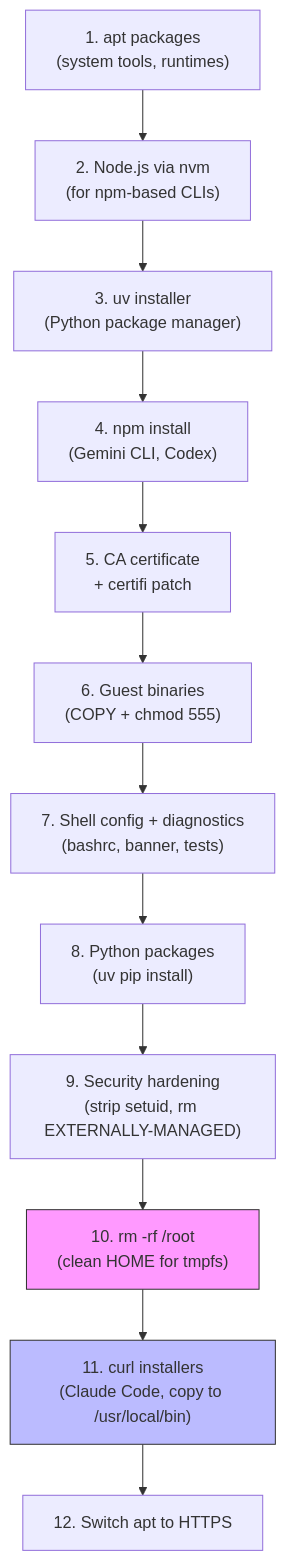
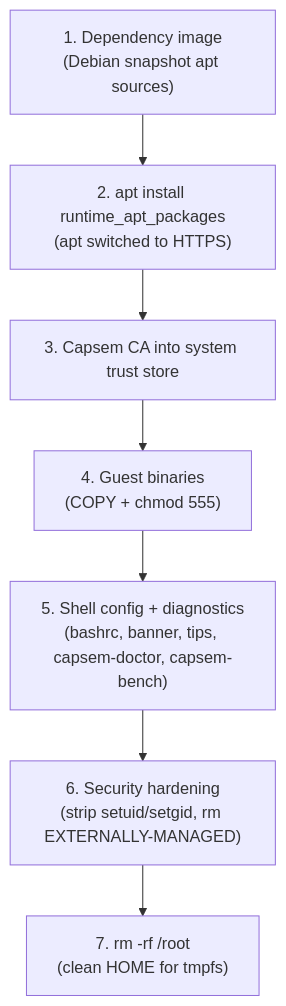
The fourth of 5 diagrams in web/docs/src/content/docs/architecture/build-system.md (google/capsem), drawn with Mermaid before and after one commit. The commit also changed other lines of this file and 51 other files, not shown here.

````diff
--- a/web/docs/src/content/docs/architecture/build-system.md
+++ b/web/docs/src/content/docs/architecture/build-system.md
@@ -324,17 +285,9 @@
 ```mermaid
 flowchart TD
-  A["1. apt packages\n(system tools, runtimes)"] --> B["2. Node.js via nvm\n(for npm-based CLIs)"]
-  B --> C["3. uv installer\n(Python package manager)"]
-  C --> D["4. npm install\n(Gemini CLI, Codex)"]
-  D --> E["5. CA certificate\n+ certifi patch"]
-  E --> F["6. Guest binaries\n(COPY + chmod 555)"]
-  F --> G["7. Shell config + diagnostics\n(bashrc, banner, tests)"]
-  G --> H["8. Python packages\n(uv pip install)"]
-  H --> I["9. Security hardening\n(strip setuid, rm EXTERNALLY-MANAGED)"]
-  I --> J["10. rm -rf /root\n(clean HOME for tmpfs)"]
-  J --> K["11. curl installers\n(Claude Code, copy to /usr/local/bin)"]
-  K --> L["12. Switch apt to HTTPS"]
-
-  style J fill:#f9f,stroke:#333
-  style K fill:#bbf,stroke:#333
+  A["1. Dependency image\n(Debian snapshot apt sources)"] --> B["2. apt install runtime_apt_packages\n(apt switched to HTTPS)"]
+  B --> C["3. Capsem CA into system trust store"]
+  C --> D["4. Guest binaries\n(COPY + chmod 555)"]
+  D --> E["5. Shell config + diagnostics\n(bashrc, banner, tips, capsem-doctor, capsem-bench)"]
+  E --> F["6. Security hardening\n(strip setuid/setgid, rm EXTERNALLY-MANAGED)"]
+  F --> G["7. rm -rf /root\n(clean HOME for tmpfs)"]
 ```
````
